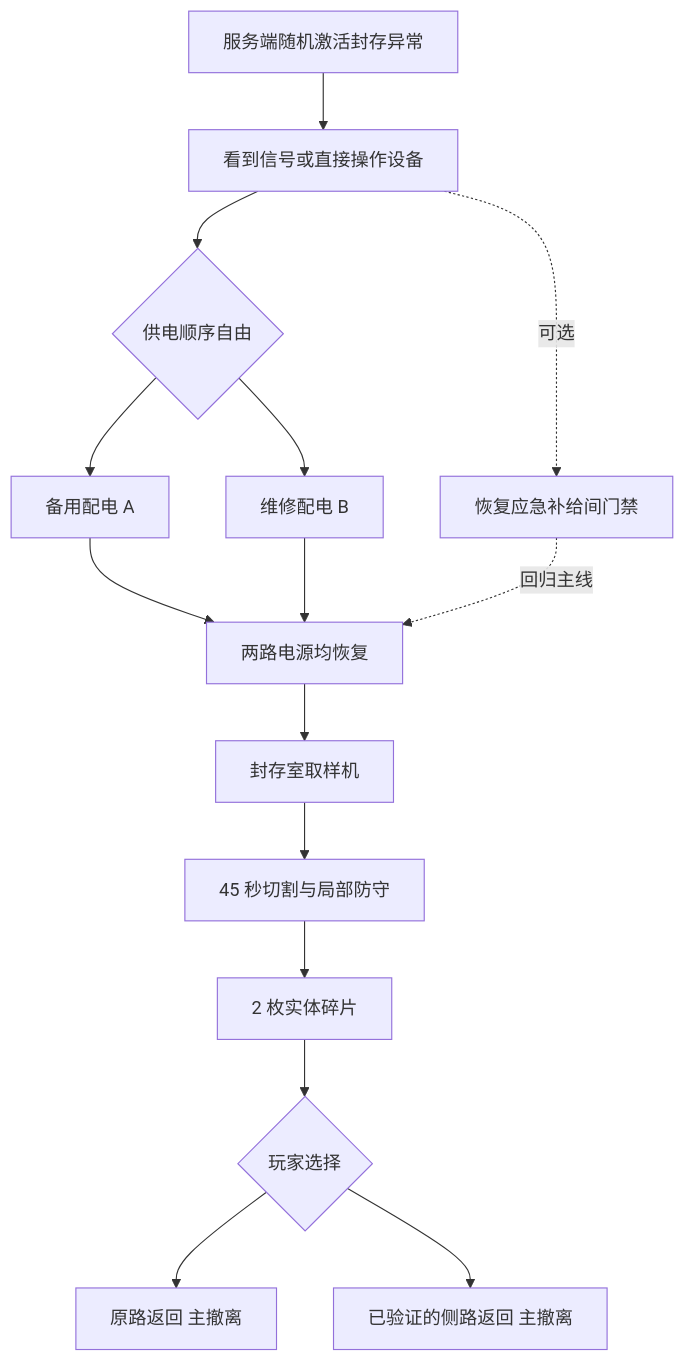
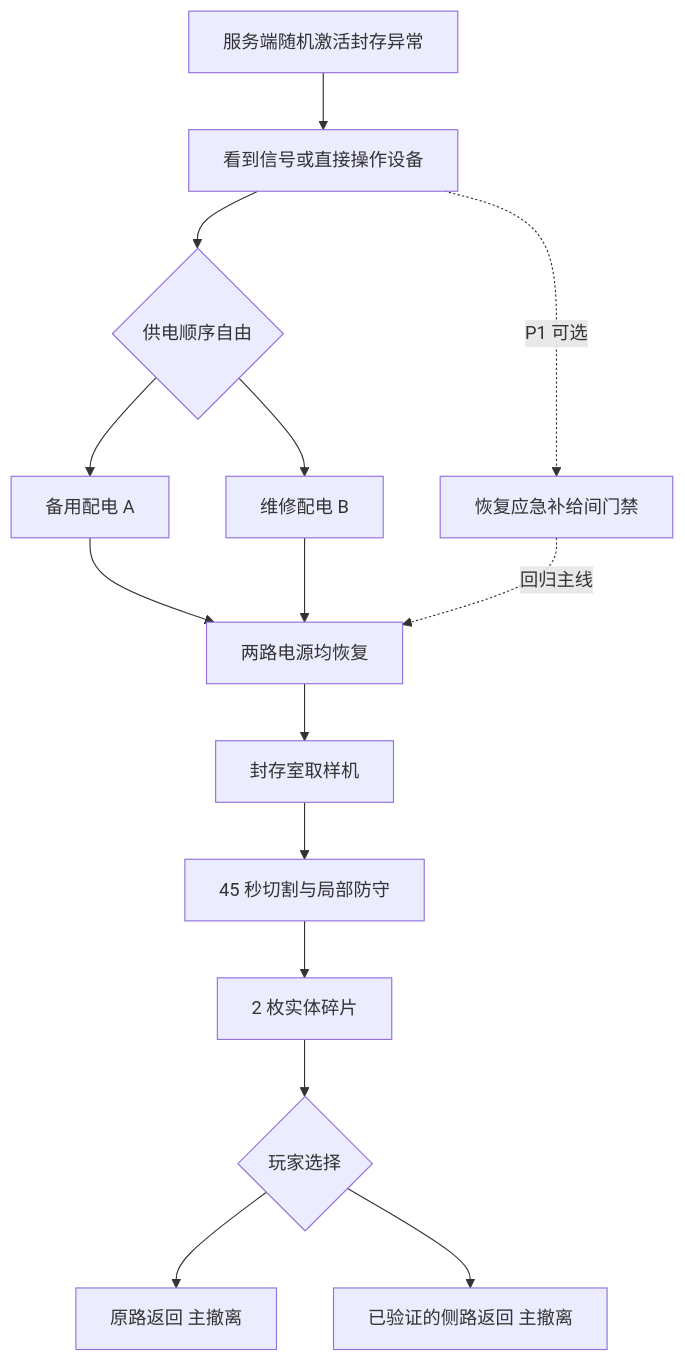
One commit to MorrowHome/Moonkov changed the first of 2 diagrams in Docs/Planning/Missions/MC00-Mooncore.md. Above: the diagram before and after it, drawn with Mermaid. The commit also changed other lines of this file and 61 other files, not shown here.

````diff
--- a/Docs/Planning/Missions/MC00-Mooncore.md
+++ b/Docs/Planning/Missions/MC00-Mooncore.md
@@ -24,17 +24,17 @@
 ```mermaid
 flowchart TD
     A[服务端随机激活封存异常] --> B[看到信号或直接操作设备]
     B --> C{供电顺序自由}
     C --> D[备用配电 A]
     C --> E[维修配电 B]
     D --> F[两路电源均恢复]
     E --> F
     F --> G[封存室取样机]
     G --> H[45 秒切割与局部防守]
     H --> I[2 枚实体碎片]
     I --> J{玩家选择}
     J --> K[原路返回 主撤离]
     J --> L[已验证的侧路返回 主撤离]
-    B -.可选.-> M[恢复应急补给间门禁]
+    B -.P1 可选.-> M[恢复应急补给间门禁]
     M -.回归主线.-> F
 ```
````
